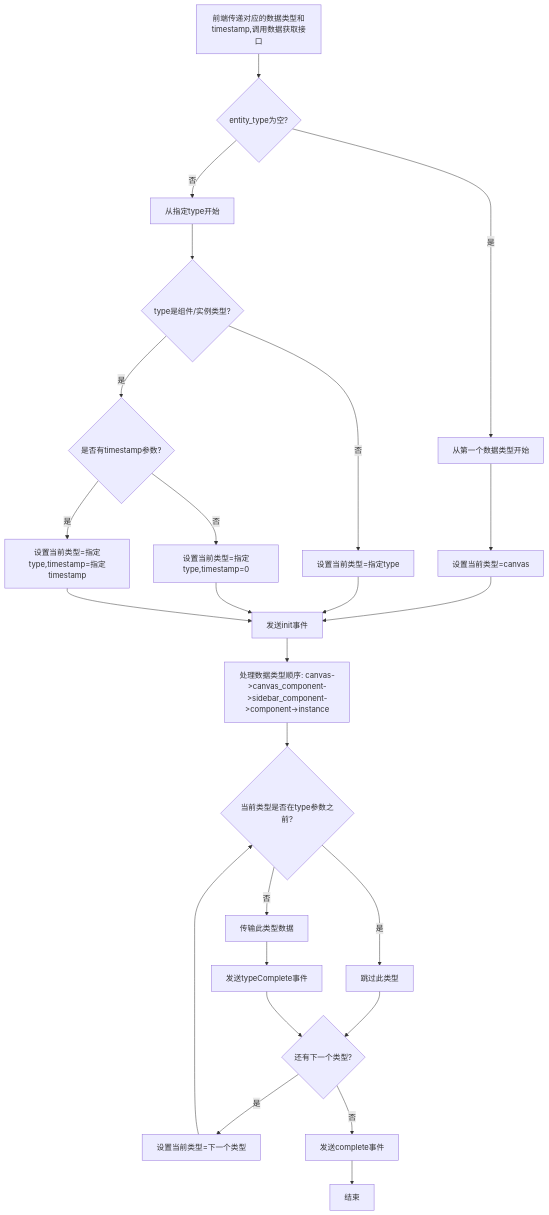
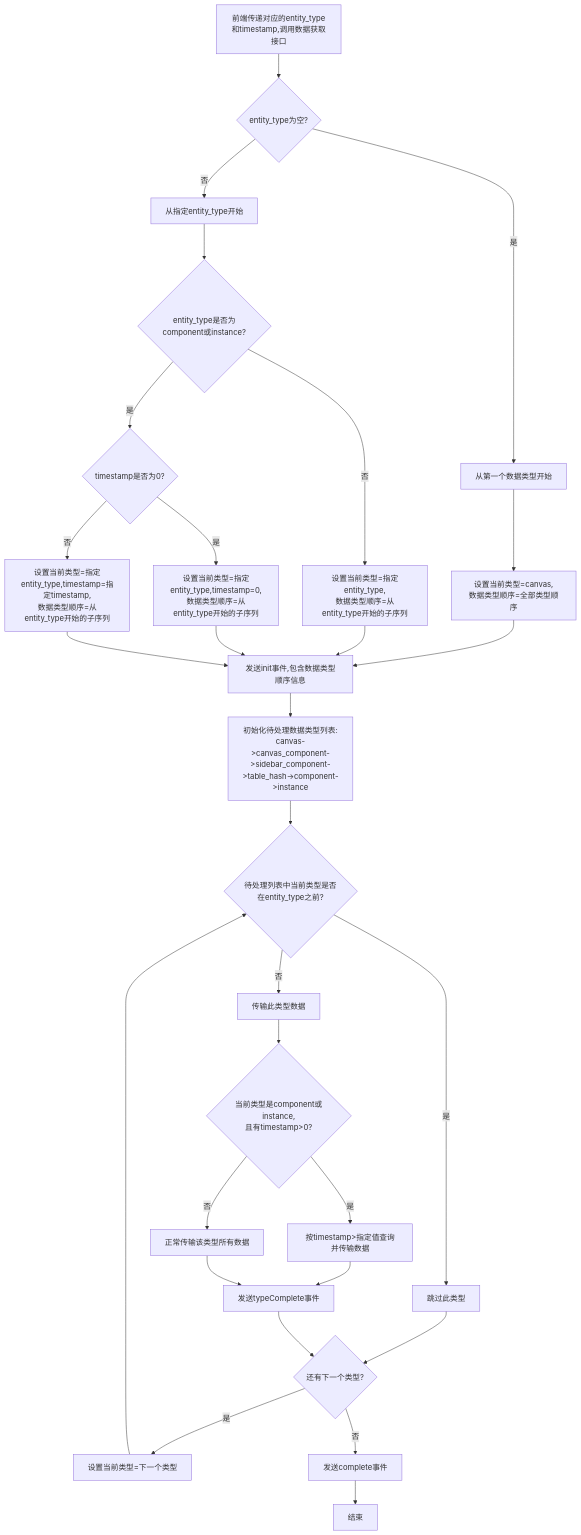
The diagram in all/未命名-59.md (yingjianzh/iodraw-files), drawn with Mermaid before and after one commit.

Commit message:
2025-05-14 15:38:05 update

````diff
--- a/all/未命名-59.md
+++ b/all/未命名-59.md
@@ -1,37 +1,42 @@
 ```mermaid
 flowchart TD
-    A[前端传递对应的数据类型和timestamp,调用数据获取接口] --> B{entity_type为空?}
+    A[前端传递对应的entity_type和timestamp,调用数据获取接口] --> B{entity_type为空?}
 
-    B -->|否| D[从指定type开始]
     B -->|是| C[从第一个数据类型开始]
+    B -->|否| D[从指定entity_type开始]
     
-    C --> E[设置当前类型=canvas]
-    D --> F{type是组件/实例类型?}
+    C --> E[设置当前类型=canvas,\n数据类型顺序=全部类型顺序]
+    D --> F{entity_type是否为component或instance?}
     
-    F -->|否| G[设置当前类型=指定type]
-    F -->|是| H{是否有timestamp参数?}
+    F -->|否| G[设置当前类型=指定entity_type,\n数据类型顺序=从entity_type开始的子序列]
+    F -->|是| H{timestamp是否为0?}
     
-    H -->|否| I[设置当前类型=指定type,timestamp=0]
-    H -->|是| J[设置当前类型=指定type,timestamp=指定timestamp]
+    H -->|是| I[设置当前类型=指定entity_type,timestamp=0,\n数据类型顺序=从entity_type开始的子序列]
+    H -->|否| J[设置当前类型=指定entity_type,timestamp=指定timestamp,\n数据类型顺序=从entity_type开始的子序列]
     
-    E --> K[发送init事件]
+    E --> K[发送init事件,包含数据类型顺序信息]
     G --> K
     I --> K
     J --> K
     
-    K --> L[处理数据类型顺序: canvas->canvas_component->sidebar_component->component->instance]
+    K --> L[初始化待处理数据类型列表:\ncanvas->canvas_component->sidebar_component->table_hash->component->instance]
     
-    L --> M{当前类型是否在type参数之前?}
+    L --> M{待处理列表中当前类型是否在entity_type之前?}
     M -->|是| N[跳过此类型]
     M -->|否| O[传输此类型数据]
     
-    N --> P{还有下一个类型?}
-    O --> Q[发送typeComplete事件]
-    Q --> P
+    O --> P{当前类型是component或instance,\n且有timestamp>0?}
+    P -->|是| Q[按timestamp>指定值查询并传输数据]
+    P -->|否| R[正常传输该类型所有数据]
     
-    P -->|是| R[设置当前类型=下一个类型]
-    P -->|否| S[发送complete事件]
+    Q --> S[发送typeComplete事件]
+    R --> S
+    N --> T{还有下一个类型?}
+    S --> T
     
-    R --> M
-    S --> T[结束]
+    T -->|是| U[设置当前类型=下一个类型]
+    T -->|否| V[发送complete事件]
+    
+    U --> M
+    V --> W[结束]
 ```
````
